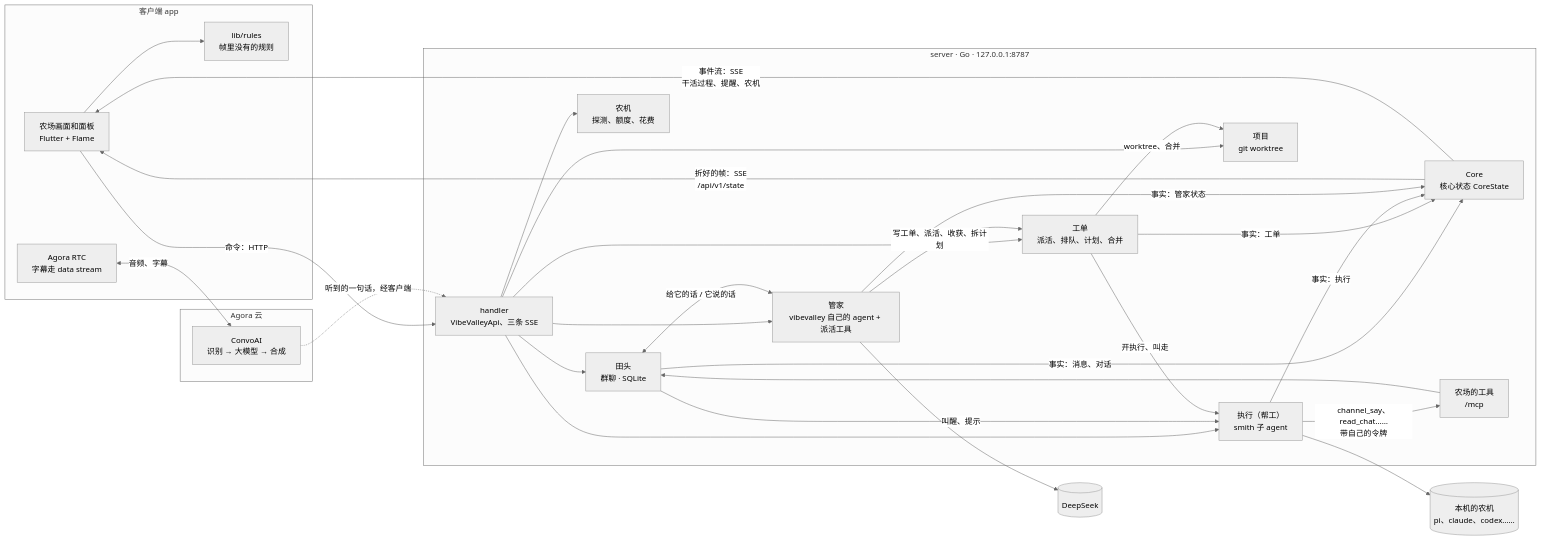
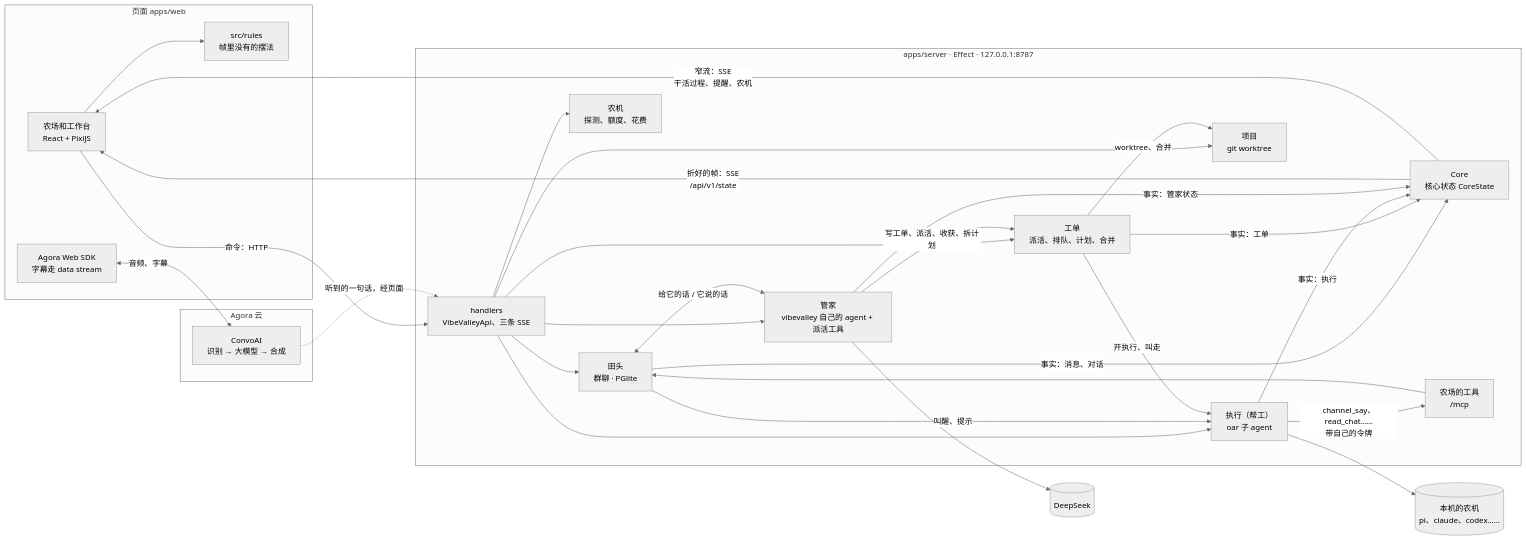
Before and after one commit to vibevalleyhq/vibevalley: the diagram in docs/architecture.md, drawn with Mermaid (neutral theme). The commit also changed other lines of this file and 3060 other files, not shown here.

First line of the commit message:
The whole farm is TypeScript: the server runs on Effect with oar and PGlite, the page is React in an Electron shell and an Expo phone shell, Go, Flutter and the legacy code are gone, and Vite+ manages installs, formatting, lint and the page's build

````diff
--- a/docs/architecture.md
+++ b/docs/architecture.md
@@ -5,48 +5,48 @@
 ```mermaid
 flowchart LR
-  subgraph Client[客户端 app]
-    UI[农场画面和面板<br/>Flutter + Flame]
-    RULES[lib/rules<br/>帧里没有的规则]
-    RTC[Agora RTC<br/>字幕走 data stream]
+  subgraph Page[页面 apps/web]
+    UI[农场和工作台<br/>React + PixiJS]
+    RULES[src/rules<br/>帧里没有的摆法]
+    RTC[Agora Web SDK<br/>字幕走 data stream]
   end
 
-  subgraph Server[server · Go · 127.0.0.1:8787]
-    API[handler<br/>VibeValleyApi、三条 SSE]
+  subgraph Server[apps/server · Effect · 127.0.0.1:8787]
+    API[handlers<br/>VibeValleyApi、三条 SSE]
     SITE[Core<br/>核心状态 CoreState]
     FM[管家<br/>vibevalley 自己的 agent + 派活工具]
-    CHAT[田头<br/>群聊 · SQLite]
+    CHAT[田头<br/>群聊 · PGlite]
     MCP[农场的工具<br/>/mcp]
     TK[工单<br/>派活、排队、计划、合并]
-    CREW[执行（帮工）<br/>smith 子 agent]
+    CREW[执行（帮工）<br/>oar 子 agent]
     PRJ[项目<br/>git worktree]
     RT[农机<br/>探测、额度、花费]
   end
 
   subgraph Agora[Agora 云]
     CAI[ConvoAI<br/>识别 → 大模型 → 合成]
   end
 
   AGENTS[(本机的农机<br/>pi、claude、codex……)]
   DS[(DeepSeek)]
 
   UI --> RULES
   UI -->|命令：HTTP| API
   SITE -->|折好的帧：SSE<br/>/api/v1/state| UI
-  SITE -->|事件流：SSE<br/>干活过程、提醒、农机| UI
+  SITE -->|窄流：SSE<br/>干活过程、提醒、农机| UI
   API --> CHAT & FM & TK & CREW & PRJ & RT
   CHAT <-->|给它的话 / 它说的话| FM
   CHAT -->|叫醒、提示| CREW
   CREW -->|channel_say、read_chat……<br/>带自己的令牌| MCP
   MCP --> CHAT
   FM -->|写工单、派活、收获、拆计划| TK
   TK -->|开执行、叫走| CREW
   TK -->|worktree、合并| PRJ
   CREW --> AGENTS
   FM --> DS
   CHAT -->|事实：消息、对话| SITE
   TK -->|事实：工单| SITE
   CREW -->|事实：执行| SITE
   FM -->|事实：管家状态| SITE
   RTC <-->|音频、字幕| CAI
-  CAI -.->|听到的一句话，经客户端| API
+  CAI -.->|听到的一句话，经页面| API
 ```
````
